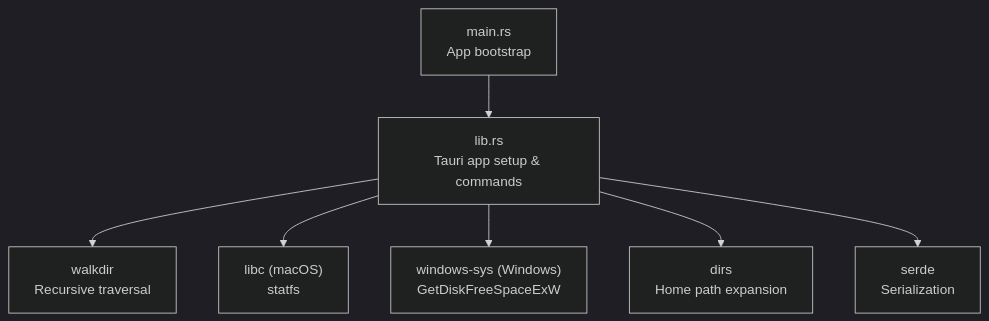
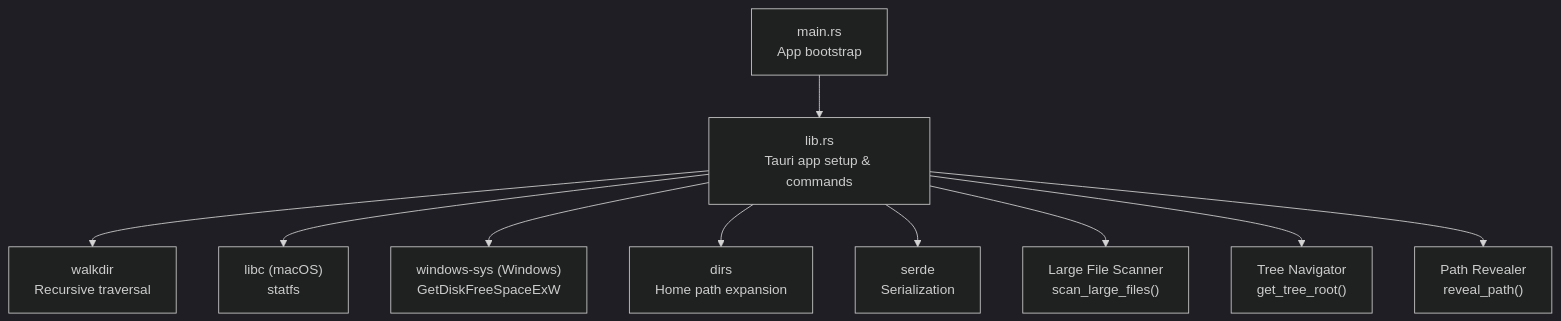
One commit to mrtruongleo/FreeSpaceMacos changed the first of 13 diagrams in .qoder/repowiki/en/content/Technical Implementation Details/Backend Architecture (Rust)/Backend Architecture (Rust).md. Above: the diagram before and after it, drawn with Mermaid (dark theme). The commit also changed other lines of this file and 31 other files, not shown here.

````diff
--- a/.qoder/repowiki/en/content/Technical Implementation Details/Backend Architecture (Rust)/Backend Architecture (Rust).md
+++ b/.qoder/repowiki/en/content/Technical Implementation Details/Backend Architecture (Rust)/Backend Architecture (Rust).md
@@ -42,9 +53,12 @@
 ```mermaid
 graph TB
 A["main.rs<br/>App bootstrap"] --> B["lib.rs<br/>Tauri app setup & commands"]
 B --> C["walkdir<br/>Recursive traversal"]
 B --> D["libc (macOS)<br/>statfs"]
 B --> E["windows-sys (Windows)<br/>GetDiskFreeSpaceExW"]
 B --> F["dirs<br/>Home path expansion"]
 B --> G["serde<br/>Serialization"]
+B --> H["Large File Scanner<br/>scan_large_files()"]
+B --> I["Tree Navigator<br/>get_tree_root()"]
+B --> J["Path Revealer<br/>reveal_path()"]
 ```
````
